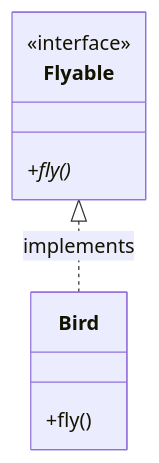
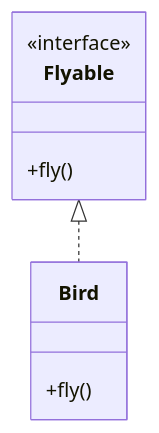
One commit to yelm-212/yelm-212.github.io changed the eighth of 8 diagrams in _posts/2025-04-15-jcg-essentials.md. Above: the diagram before and after it, drawn with Mermaid. The commit also changed 1 other file, not shown here.

Commit message:
fix: downgrade Mermaid.js to version 9.4.3 for better compatibility

````diff
--- a/_posts/2025-04-15-jcg-essentials.md
+++ b/_posts/2025-04-15-jcg-essentials.md
@@ -476,11 +476,11 @@
    ```mermaid
    classDiagram
        class Flyable {
            <<interface>>
-           +fly()*
+           +fly()
        }
        class Bird {
            +fly()
        }
-       Flyable <|.. Bird : implements
+       Flyable <|.. Bird
    ```
````
